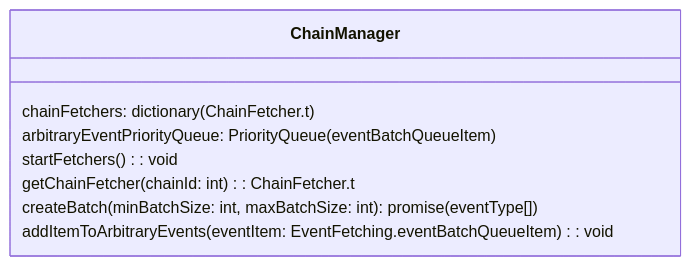
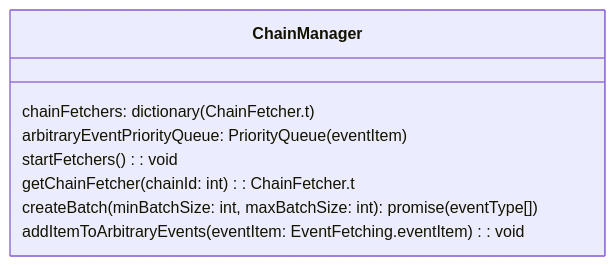
One commit to enviodev/hyperindex changed the first of 3 diagrams in internal_docs/EventFetchers.md. Above: the diagram before and after it, drawn with Mermaid. The commit also changed 27 other files, not shown here.

Commit message:
Rename eventBatchQueueItem to eventItem

````diff
--- a/internal_docs/EventFetchers.md
+++ b/internal_docs/EventFetchers.md
@@ -7,12 +7,12 @@
 ```mermaid
 classDiagram
   class ChainManager {
     chainFetchers: dictionary(ChainFetcher.t)
-    arbitraryEventPriorityQueue: PriorityQueue(eventBatchQueueItem)
+    arbitraryEventPriorityQueue: PriorityQueue(eventItem)
 
     startFetchers(): void
     getChainFetcher(chainId: int): ChainFetcher.t
     createBatch(minBatchSize: int, maxBatchSize: int): promise(eventType[])
-    addItemToArbitraryEvents(eventItem: EventFetching.eventBatchQueueItem): void
+    addItemToArbitraryEvents(eventItem: EventFetching.eventItem): void
   }
 ```
````
